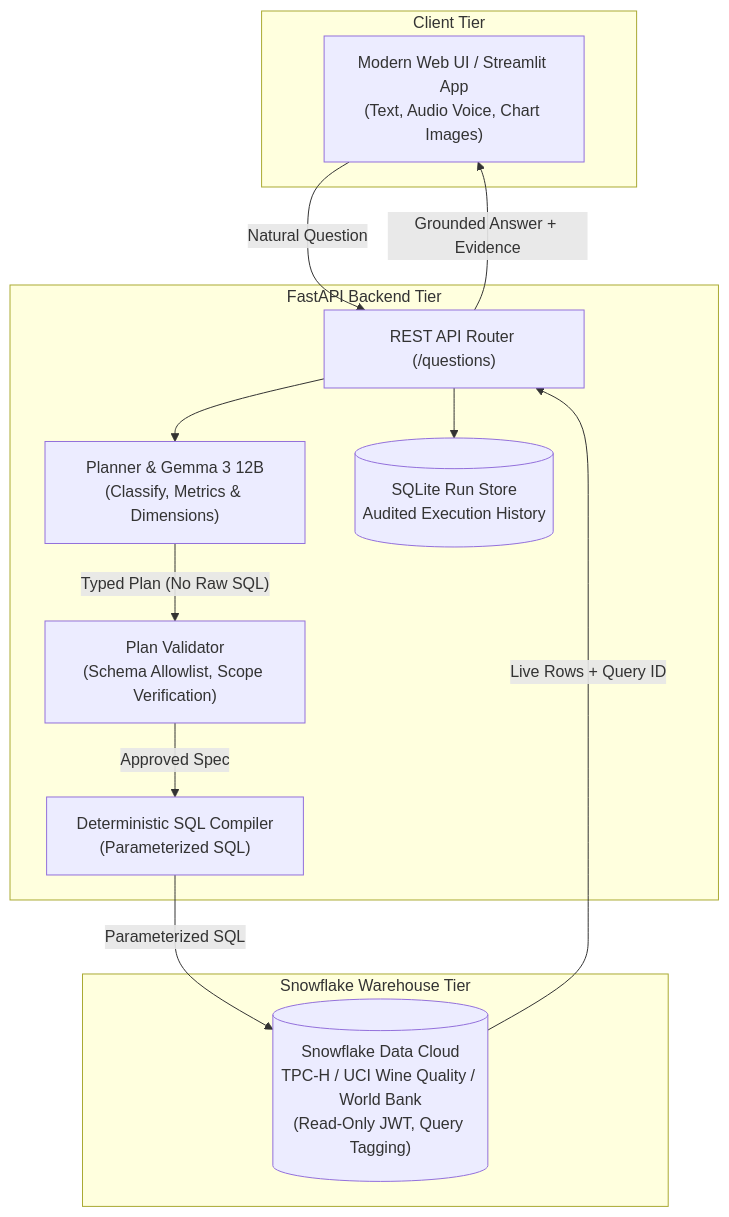
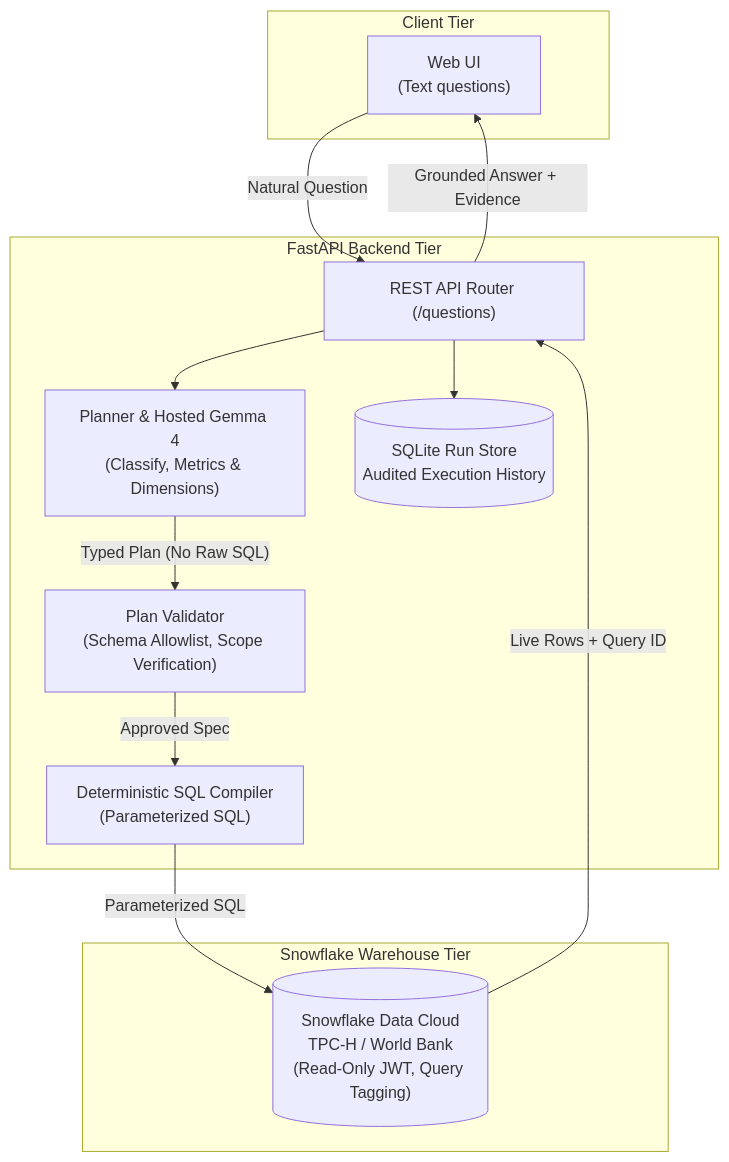
Before and after one commit to Srujanmirji/DataMind: the diagram in README.md, drawn with Mermaid. The commit also changed other lines of this file and 33 other files, not shown here.

Commit message:
feat: connect World Bank UI to hosted Gemma with validated plan caching

````diff
--- a/README.md
+++ b/README.md
@@ -41,27 +41,27 @@
 ```mermaid
 flowchart TD
     subgraph Client["Client Tier"]
-        UI["Modern Web UI / Streamlit App<br/>(Text, Audio Voice, Chart Images)"]
+        UI["Web UI<br/>(Text questions)"]
     end
 
     subgraph Backend["FastAPI Backend Tier"]
         API["REST API Router (/questions)"]
-        P["Planner & Gemma 3 12B<br/>(Classify, Metrics & Dimensions)"]
+        P["Planner & Hosted Gemma 4<br/>(Classify, Metrics & Dimensions)"]
         VAL["Plan Validator<br/>(Schema Allowlist, Scope Verification)"]
         COMP["Deterministic SQL Compiler<br/>(Parameterized SQL)"]
         STORE[("SQLite Run Store<br/>Audited Execution History")]
     end
 
     subgraph Cloud["Snowflake Warehouse Tier"]
-        SNOW[("Snowflake Data Cloud<br/>TPC-H / UCI Wine Quality / World Bank<br/>(Read-Only JWT, Query Tagging)")]
+        SNOW[("Snowflake Data Cloud<br/>TPC-H / World Bank<br/>(Read-Only JWT, Query Tagging)")]
     end
 
     UI -->|"Natural Question"| API
     API --> P
     P -->|"Typed Plan (No Raw SQL)"| VAL
     VAL -->|"Approved Spec"| COMP
     COMP -->|"Parameterized SQL"| SNOW
     SNOW -->|"Live Rows + Query ID"| API
     API --> STORE
     API -->|"Grounded Answer + Evidence"| UI
 ```
````
